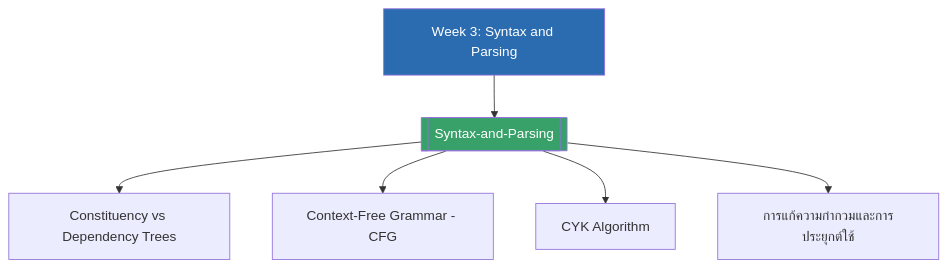
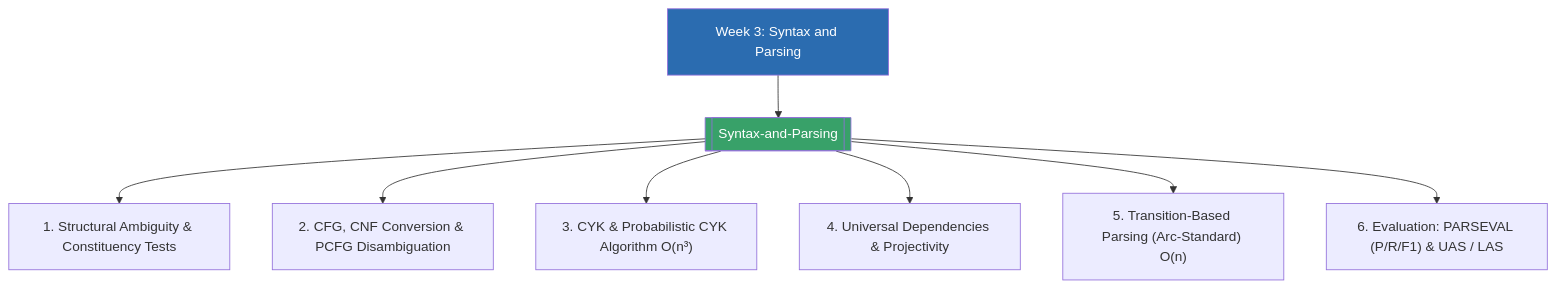
The diagram in 01_Lectures/Week3/Week3-MOC.md (PhuriphatTyPeZ3r0/Course-1323404-Natural-Language-Processing-2026), drawn with Mermaid before and after one commit. The commit also changed other lines of this file and 17 other files, not shown here.

````diff
--- a/01_Lectures/Week3/Week3-MOC.md
+++ b/01_Lectures/Week3/Week3-MOC.md
@@ -28,12 +37,14 @@
 ```mermaid
 graph TD
-    MOC[Week 3: Syntax and Parsing] --> A[[Syntax-and-Parsing]]
+    MOC["Week 3: Syntax and Parsing"] --> A[[Syntax-and-Parsing]]
 
-    A --> A1[Constituency vs Dependency Trees]
-    A --> A2[Context-Free Grammar - CFG]
-    A --> A3[CYK Algorithm]
-    A --> A4[การแก้ความกำกวมและการประยุกต์ใช้]
+    A --> A1["1. Structural Ambiguity & Constituency Tests"]
+    A --> A2["2. CFG, CNF Conversion & PCFG Disambiguation"]
+    A --> A3["3. CYK & Probabilistic CYK Algorithm O(n³)"]
+    A --> A4["4. Universal Dependencies & Projectivity"]
+    A --> A5["5. Transition-Based Parsing (Arc-Standard) O(n)"]
+    A --> A6["6. Evaluation: PARSEVAL (P/R/F1) & UAS / LAS"]
 
     style MOC fill:#2b6cb0,color:#fff
     style A fill:#38a169,color:#fff
 ```
````
